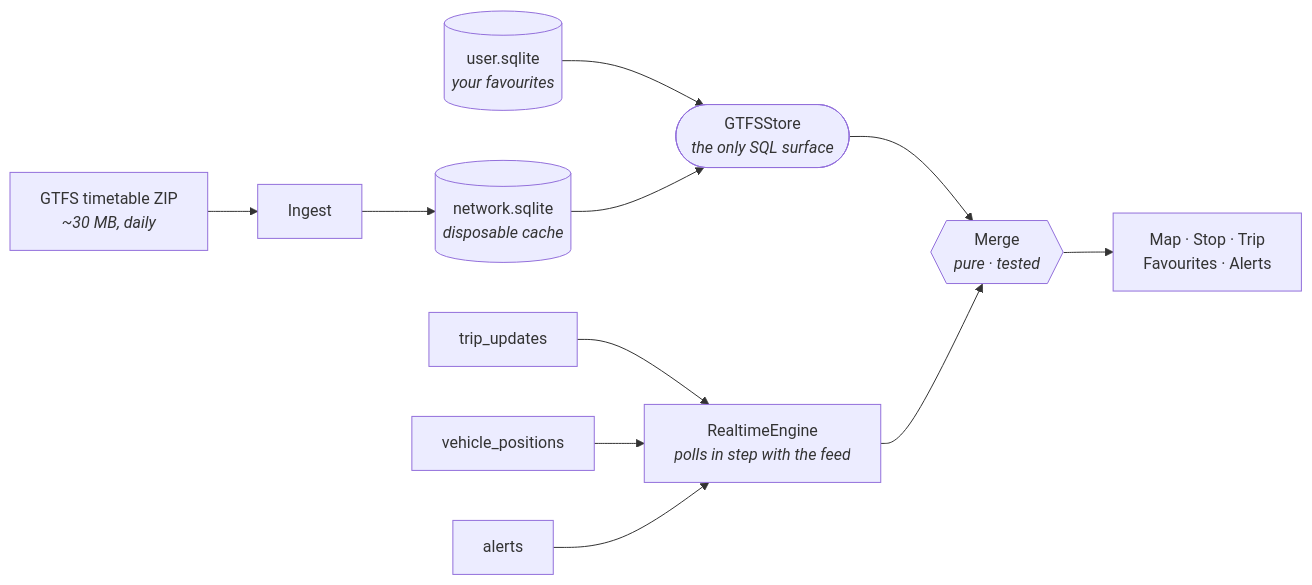
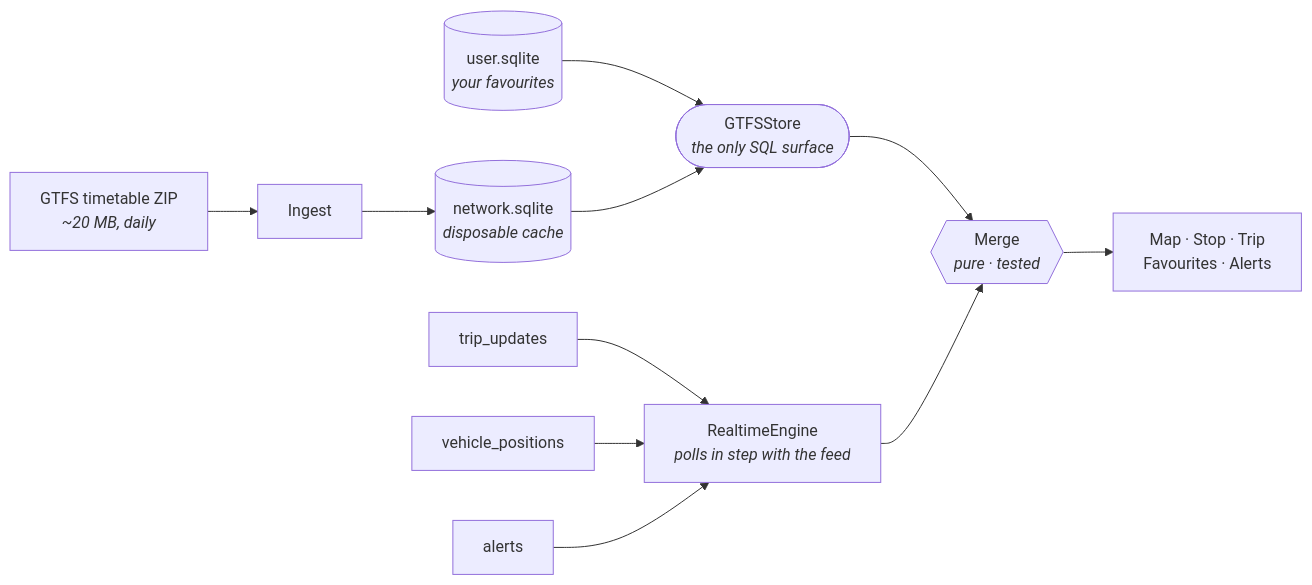
The diagram in README.md (RatterAU/AdelaideTransit), drawn with Mermaid before and after one commit. The commit also changed other lines of this file and 17 other files, not shown here.

````diff
--- a/README.md
+++ b/README.md
@@ -199,15 +199,15 @@
 ```mermaid
 flowchart LR
-    ZIP["GTFS timetable ZIP<br/><i>~30 MB, daily</i>"] --> ING[Ingest]
+    ZIP["GTFS timetable ZIP<br/><i>~20 MB, daily</i>"] --> ING[Ingest]
     ING --> NET[("network.sqlite<br/><i>disposable cache</i>")]
     USR[("user.sqlite<br/><i>your favourites</i>")] --> STORE
     NET --> STORE(["GTFSStore<br/><i>the only SQL surface</i>"])
 
     TU[trip_updates] --> ENG
     VP[vehicle_positions] --> ENG
     AL[alerts] --> ENG["RealtimeEngine<br/><i>polls in step with the feed</i>"]
 
     STORE --> MERGE{{"Merge<br/><i>pure · tested</i>"}}
     ENG --> MERGE
     MERGE --> UI["Map · Stop · Trip<br/>Favourites · Alerts"]
 ```
````
